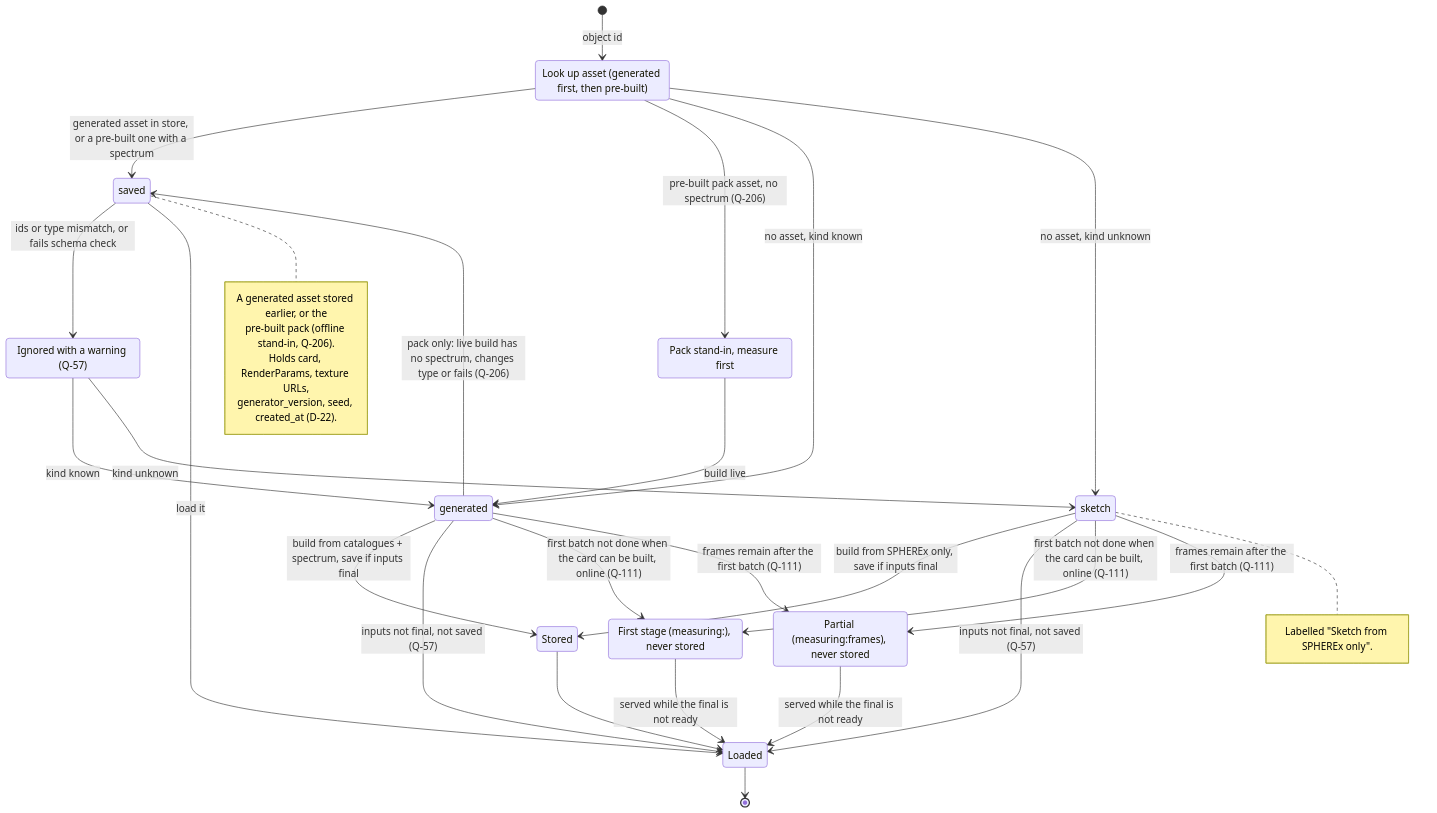
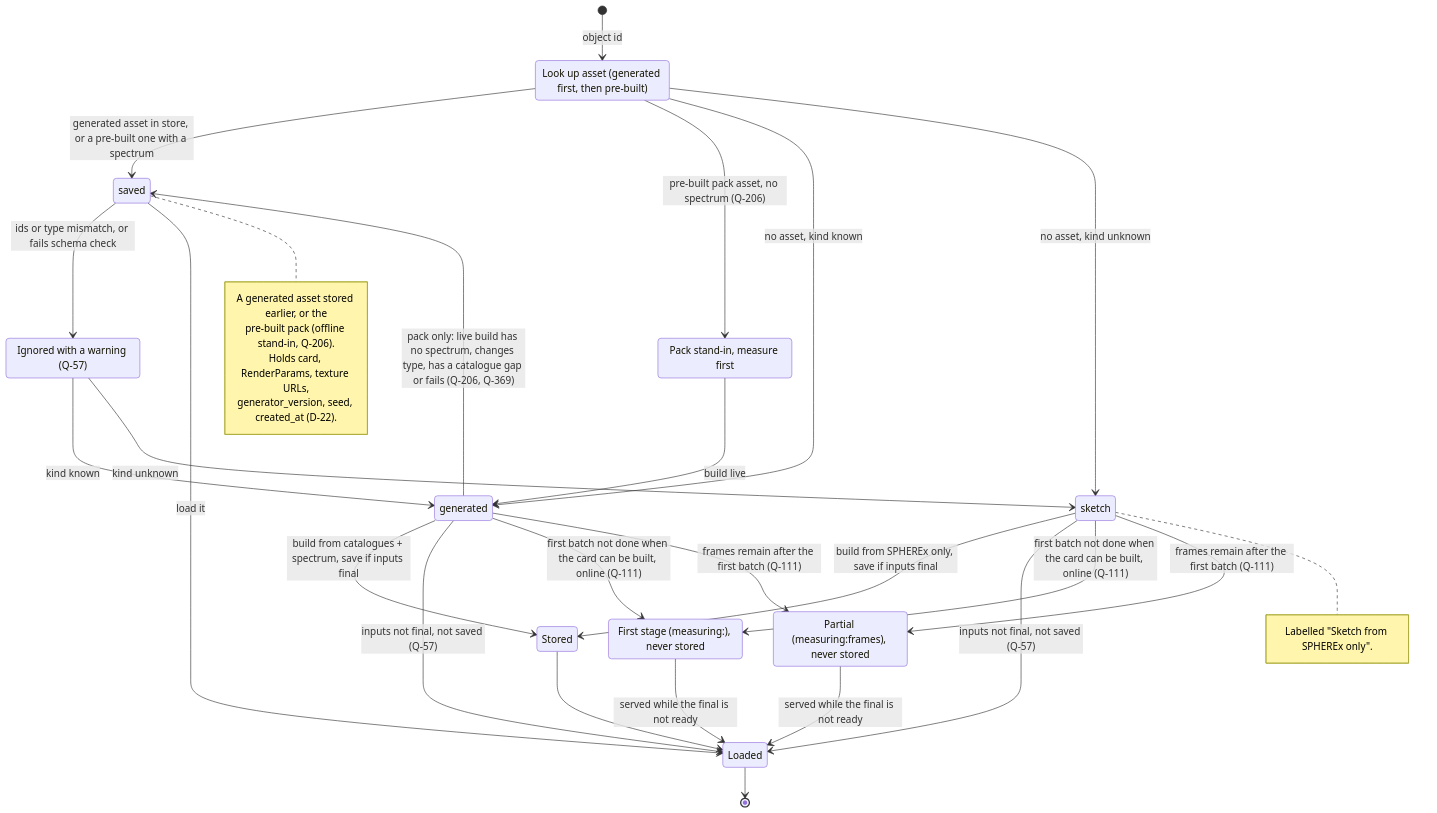
The first of 2 diagrams in docs/uml/16-state-asset-lookup.md (0ffrian/SphereX), drawn with Mermaid before and after one commit. The commit also changed other lines of this file and 14 other files, not shown here.

````diff
--- a/docs/uml/16-state-asset-lookup.md
+++ b/docs/uml/16-state-asset-lookup.md
@@ -7,47 +7,47 @@
 ```mermaid
 stateDiagram-v2
   [*] --> Lookup : object id
   Lookup --> Saved : generated asset in store, or a pre-built one with a spectrum
   Lookup --> StandIn : pre-built pack asset, no spectrum (Q-206)
   StandIn --> Generated : build live
-  Generated --> Saved : pack only: live build has no spectrum, changes type or fails (Q-206)
+  Generated --> Saved : pack only: live build has no spectrum, changes type, has a catalogue gap or fails (Q-206, Q-369)
   Saved --> Rejected : ids or type mismatch, or fails schema check
   Rejected --> Generated : kind known
   Rejected --> Sketch : kind unknown
   Lookup --> Generated : no asset, kind known
   Lookup --> Sketch : no asset, kind unknown
 
   state "Look up asset (generated first, then pre-built)" as Lookup
   state "Pack stand-in, measure first" as StandIn
   state "saved" as Saved
   state "Ignored with a warning (Q-57)" as Rejected
   state "generated" as Generated
   state "sketch" as Sketch
   state "Stored" as Stored
   state "First stage (measuring:), never stored" as FirstStage
   state "Partial (measuring:frames), never stored" as Partial
 
   Saved --> Loaded : load it
   Generated --> Stored : build from catalogues + spectrum, save if inputs final
   Sketch --> Stored : build from SPHEREx only, save if inputs final
   Generated --> Loaded : inputs not final, not saved (Q-57)
   Sketch --> Loaded : inputs not final, not saved (Q-57)
   Stored --> Loaded
   Generated --> FirstStage : first batch not done when the card can be built, online (Q-111)
   Sketch --> FirstStage : first batch not done when the card can be built, online (Q-111)
   Generated --> Partial : frames remain after the first batch (Q-111)
   Sketch --> Partial : frames remain after the first batch (Q-111)
   FirstStage --> Loaded : served while the final is not ready
   Partial --> Loaded : served while the final is not ready
   Loaded --> [*]
 
   note right of Sketch
     Labelled "Sketch from SPHEREx only".
   end note
   note right of Saved
     A generated asset stored earlier, or the
     pre-built pack (offline stand-in, Q-206).
     Holds card, RenderParams, texture URLs,
     generator_version, seed, created_at (D-22).
   end note
 ```
````
